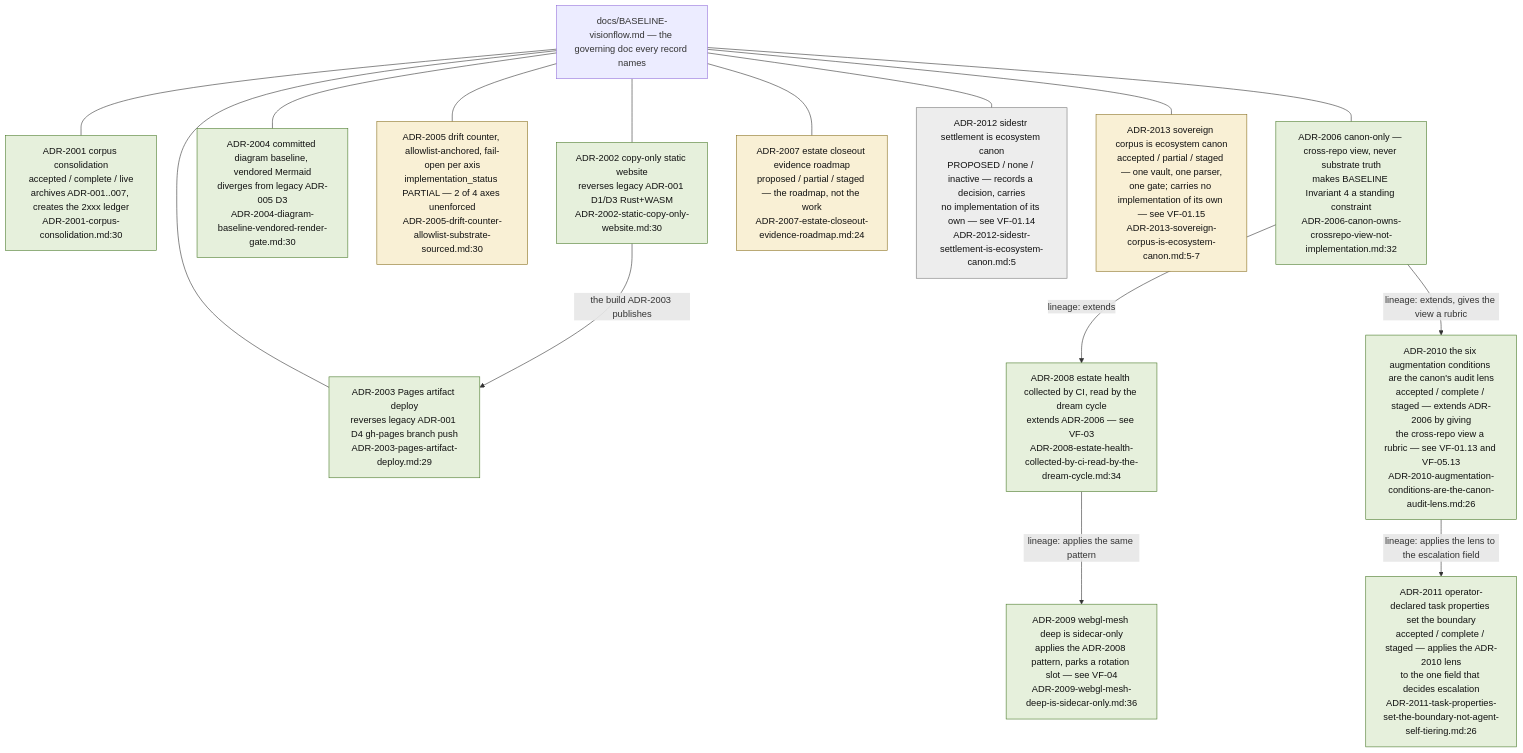
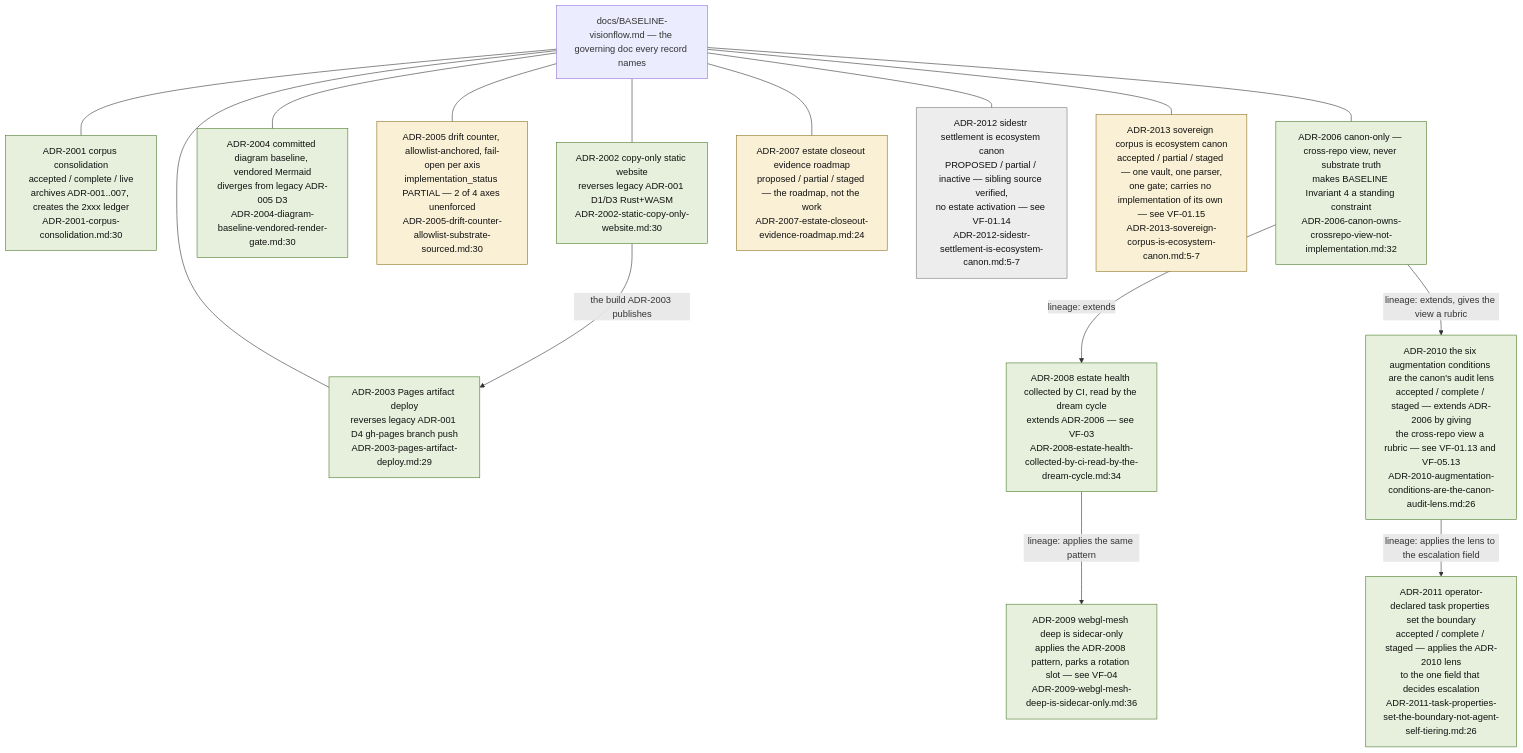
Before and after one commit to DreamLab-AI/VisionFlow: the sixth of 11 diagrams in docs/diagrams/visionflow/01-repo-composition-and-canon.md, drawn with Mermaid. The commit also changed other lines of this file and 94 other files, not shown here.

First line of the commit message:
docs(diagrams): re-verify 130 topics against 2 October HEADs

````diff
--- a/docs/diagrams/visionflow/01-repo-composition-and-canon.md
+++ b/docs/diagrams/visionflow/01-repo-composition-and-canon.md
@@ -235,36 +247,36 @@
 ```mermaid
 flowchart TB
     classDef live fill:#e6f0dc,stroke:#4a7a2a,color:#111
     classDef part fill:#f9f0d5,stroke:#8a7020,color:#111
     classDef prop fill:#ededed,stroke:#777,color:#111
     BASE["docs/BASELINE-visionflow.md — the governing doc every record names"]
 
     A1["ADR-2001 corpus consolidation<br/>accepted / complete / live<br/>archives ADR-001..007, creates the 2xxx ledger<br/>ADR-2001-corpus-consolidation.md:30"]:::live
     A2["ADR-2002 copy-only static website<br/>reverses legacy ADR-001 D1/D3 Rust+WASM<br/>ADR-2002-static-copy-only-website.md:30"]:::live
     A3["ADR-2003 Pages artifact deploy<br/>reverses legacy ADR-001 D4 gh-pages branch push<br/>ADR-2003-pages-artifact-deploy.md:29"]:::live
     A4["ADR-2004 committed diagram baseline, vendored Mermaid<br/>diverges from legacy ADR-005 D3<br/>ADR-2004-diagram-baseline-vendored-render-gate.md:30"]:::live
     A5["ADR-2005 drift counter, allowlist-anchored, fail-open per axis<br/>implementation_status PARTIAL — 2 of 4 axes unenforced<br/>ADR-2005-drift-counter-allowlist-substrate-sourced.md:30"]:::part
     A6["ADR-2006 canon-only — cross-repo view, never substrate truth<br/>makes BASELINE Invariant 4 a standing constraint<br/>ADR-2006-canon-owns-crossrepo-view-not-implementation.md:32"]:::live
     A7["ADR-2007 estate closeout evidence roadmap<br/>proposed / partial / staged — the roadmap, not the work<br/>ADR-2007-estate-closeout-evidence-roadmap.md:24"]:::part
     A8["ADR-2008 estate health collected by CI, read by the dream cycle<br/>extends ADR-2006 — see VF-03<br/>ADR-2008-estate-health-collected-by-ci-read-by-the-dream-cycle.md:34"]:::live
     A9["ADR-2009 webgl-mesh deep is sidecar-only<br/>applies the ADR-2008 pattern, parks a rotation slot — see VF-04<br/>ADR-2009-webgl-mesh-deep-is-sidecar-only.md:36"]:::live
     A10["ADR-2010 the six augmentation conditions are the canon's audit lens<br/>accepted / complete / staged — extends ADR-2006 by giving<br/>the cross-repo view a rubric — see VF-01.13 and VF-05.13<br/>ADR-2010-augmentation-conditions-are-the-canon-audit-lens.md:26"]:::live
     A11["ADR-2011 operator-declared task properties set the boundary<br/>accepted / complete / staged — applies the ADR-2010 lens<br/>to the one field that decides escalation<br/>ADR-2011-task-properties-set-the-boundary-not-agent-self-tiering.md:26"]:::live
-    A12["ADR-2012 sidestr settlement is ecosystem canon<br/>PROPOSED / none / inactive — records a decision, carries<br/>no implementation of its own — see VF-01.14<br/>ADR-2012-sidestr-settlement-is-ecosystem-canon.md:5"]:::prop
+    A12["ADR-2012 sidestr settlement is ecosystem canon<br/>PROPOSED / partial / inactive — sibling source verified,<br/>no estate activation — see VF-01.14<br/>ADR-2012-sidestr-settlement-is-ecosystem-canon.md:5-7"]:::prop
     A13["ADR-2013 sovereign corpus is ecosystem canon<br/>accepted / partial / staged — one vault, one parser,<br/>one gate; carries no implementation of its own — see VF-01.15<br/>ADR-2013-sovereign-corpus-is-ecosystem-canon.md:5-7"]:::part
 
     BASE --- A1
     BASE --- A2
     BASE --- A3
     BASE --- A4
     BASE --- A5
     BASE --- A6
     BASE --- A7
     BASE --- A12
     A6 -->|"lineage: extends"| A8
     A8 -->|"lineage: applies the same pattern"| A9
     A2 -->|"the build ADR-2003 publishes"| A3
     A6 -->|"lineage: extends, gives the view a rubric"| A10
     A10 -->|"lineage: applies the lens to the escalation field"| A11
     BASE --- A13
 ```
````
